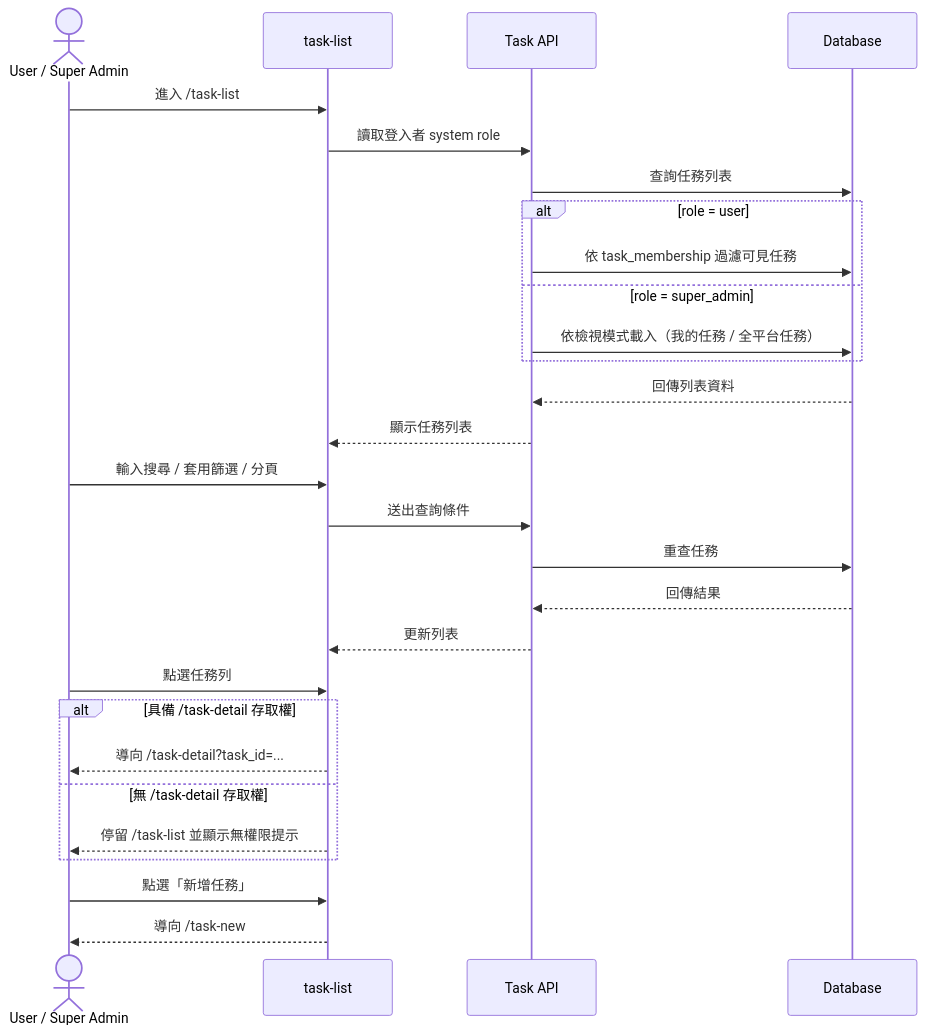
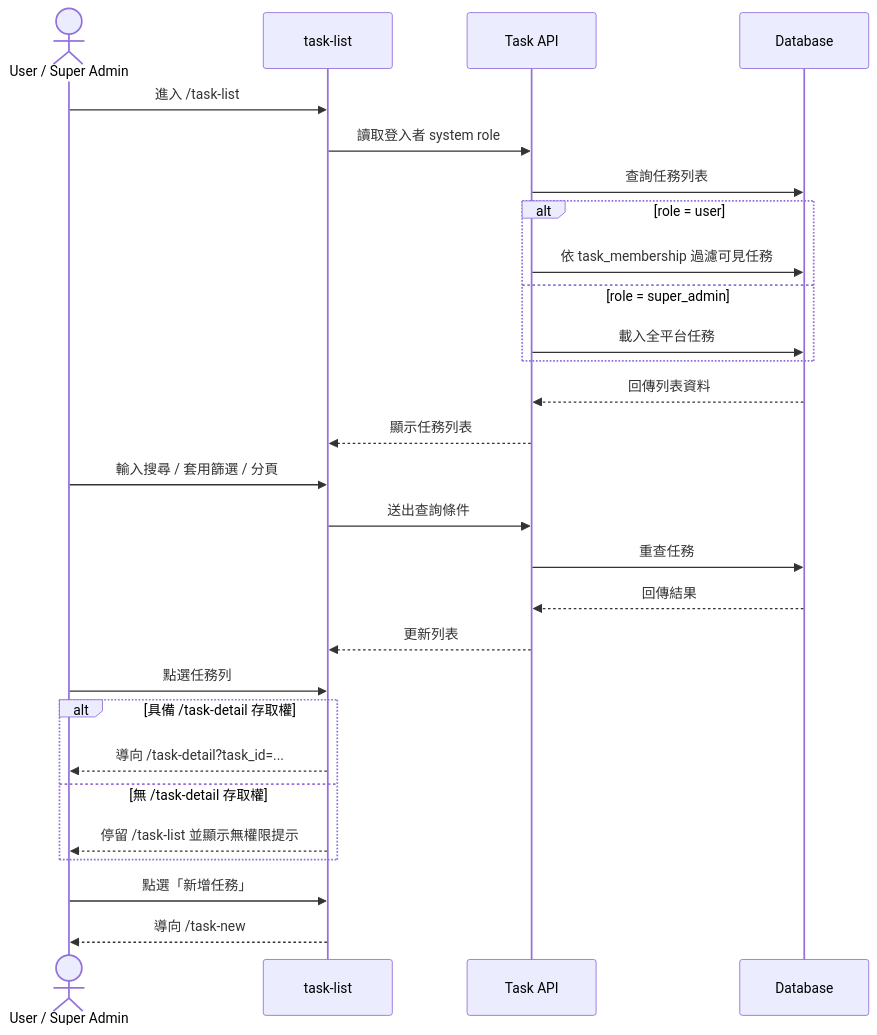
One commit to singyichen/label-suite changed the first of 2 diagrams in specs/task-management/010-task-list/spec.md. Above: the diagram before and after it, drawn with Mermaid. The commit also changed other lines of this file and 7 other files, not shown here.

````diff
--- a/specs/task-management/010-task-list/spec.md
+++ b/specs/task-management/010-task-list/spec.md
@@ -23,34 +22,34 @@
 ```mermaid
 sequenceDiagram
     actor U as User / Super Admin
     participant UI as task-list
     participant API as Task API
     participant DB as Database
 
     U->>UI: 進入 /task-list
     UI->>API: 讀取登入者 system role
     API->>DB: 查詢任務列表
     alt role = user
         API->>DB: 依 task_membership 過濾可見任務
     else role = super_admin
-        API->>DB: 依檢視模式載入（我的任務 / 全平台任務）
+        API->>DB: 載入全平台任務
     end
     DB-->>API: 回傳列表資料
     API-->>UI: 顯示任務列表
 
     U->>UI: 輸入搜尋 / 套用篩選 / 分頁
     UI->>API: 送出查詢條件
     API->>DB: 重查任務
     DB-->>API: 回傳結果
     API-->>UI: 更新列表
 
     U->>UI: 點選任務列
     alt 具備 /task-detail 存取權
         UI-->>U: 導向 /task-detail?task_id=...
     else 無 /task-detail 存取權
         UI-->>U: 停留 /task-list 並顯示無權限提示
     end
 
     U->>UI: 點選「新增任務」
     UI-->>U: 導向 /task-new
 ```
````
